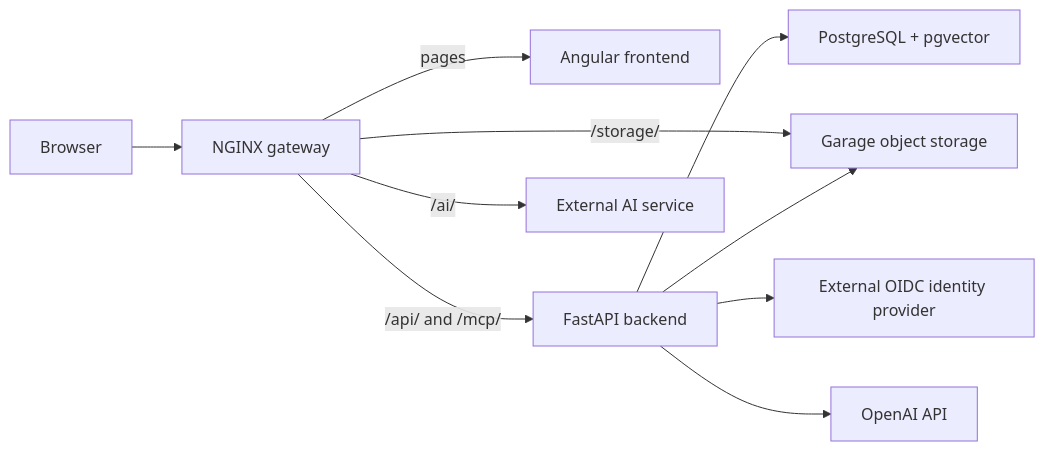
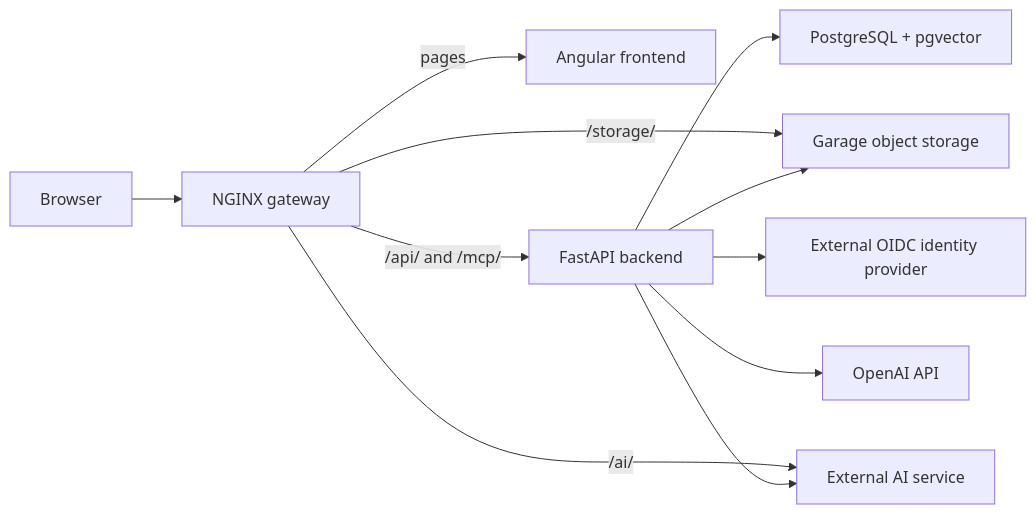
Before and after one commit to roithme0/kochwiki-v2: the diagram in docs/navigation.md, drawn with Mermaid. The commit also changed other lines of this file and 25 other files, not shown here.

````diff
--- a/docs/navigation.md
+++ b/docs/navigation.md
@@ -7,12 +7,13 @@
 ```mermaid
 flowchart LR
     Browser --> Gateway[NGINX gateway]
     Gateway -->|pages| Frontend[Angular frontend]
     Gateway -->|/api/ and /mcp/| Backend[FastAPI backend]
     Gateway -->|/storage/| Storage[Garage object storage]
     Gateway -->|/ai/| AI[External AI service]
     Backend --> Database[PostgreSQL + pgvector]
     Backend --> Storage
     Backend --> Identity[External OIDC identity provider]
     Backend --> Embeddings[OpenAI API]
+    Backend --> AI
 ```
````
